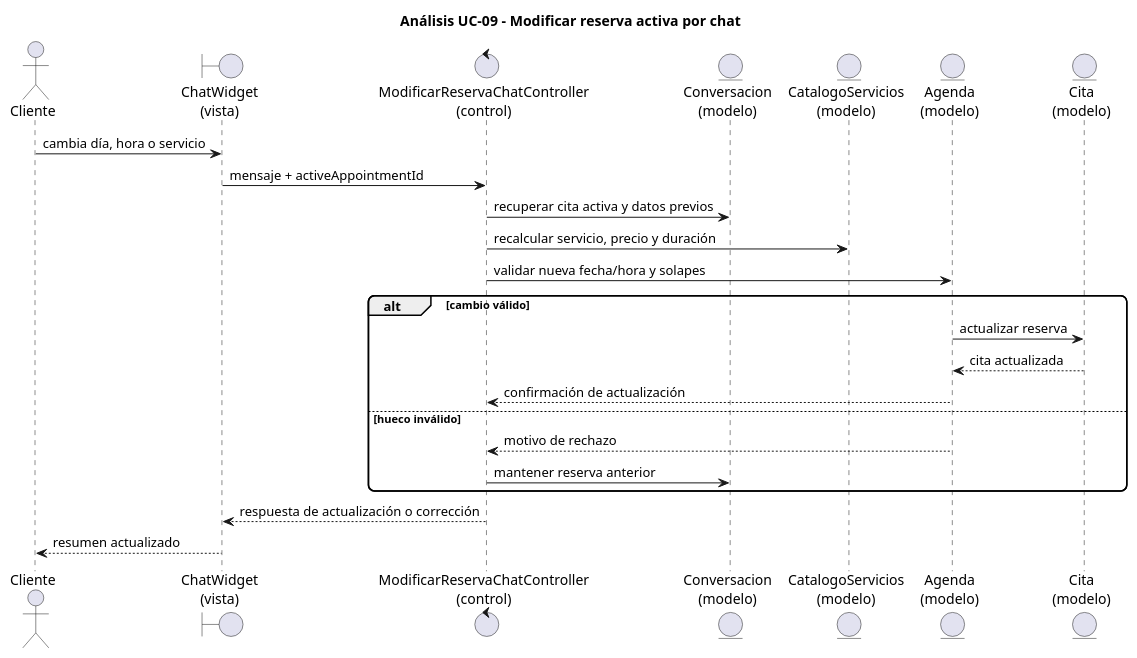
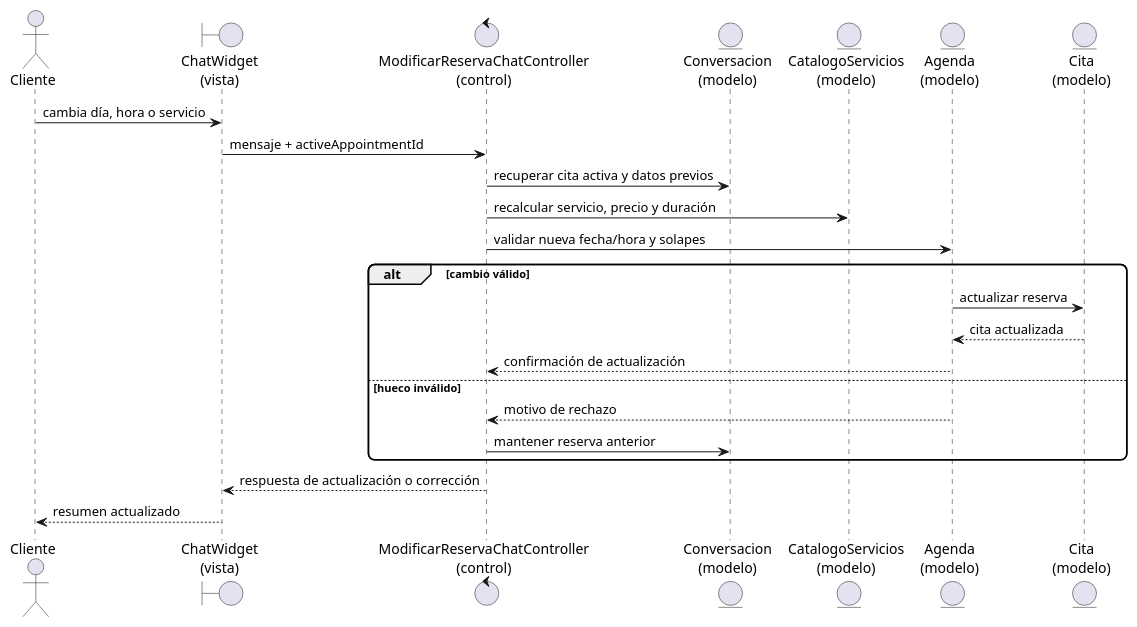
The diagram in diagramas/capitulo3/analisis/04_uc09_modificar_reserva_chatbot.puml (aadrigaar/TFG_CortePerfecto), drawn with PlantUML before and after one commit. The commit also changed 48 other files, not shown here.

```diff
--- a/diagramas/capitulo3/analisis/04_uc09_modificar_reserva_chatbot.puml
+++ b/diagramas/capitulo3/analisis/04_uc09_modificar_reserva_chatbot.puml
@@ -1,29 +1,28 @@
 @startuml
-title Análisis UC-09 - Modificar reserva activa por chat
 scale max 1700 width
 skinparam shadowing false
 skinparam roundcorner 12
 actor Cliente
 boundary "ChatWidget\n(vista)" as Chat
 control "ModificarReservaChatController\n(control)" as Ctrl
 entity "Conversacion\n(modelo)" as Conv
 entity "CatalogoServicios\n(modelo)" as Catalog
 entity "Agenda\n(modelo)" as Agenda
 entity "Cita\n(modelo)" as Cita
 
 Cliente -> Chat : cambia día, hora o servicio
 Chat -> Ctrl : mensaje + activeAppointmentId
 Ctrl -> Conv : recuperar cita activa y datos previos
 Ctrl -> Catalog : recalcular servicio, precio y duración
 Ctrl -> Agenda : validar nueva fecha/hora y solapes
 alt cambio válido
   Agenda -> Cita : actualizar reserva
   Cita --> Agenda : cita actualizada
   Agenda --> Ctrl : confirmación de actualización
 else hueco inválido
   Agenda --> Ctrl : motivo de rechazo
   Ctrl -> Conv : mantener reserva anterior
 end
 Ctrl --> Chat : respuesta de actualización o corrección
 Chat --> Cliente : resumen actualizado
 @enduml
```
